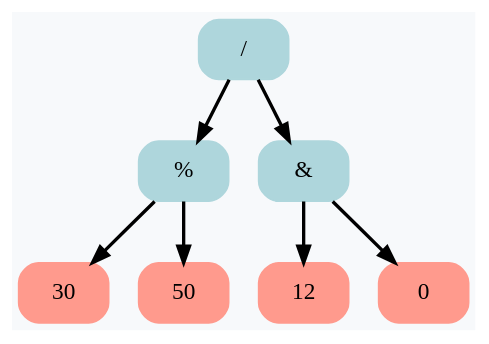
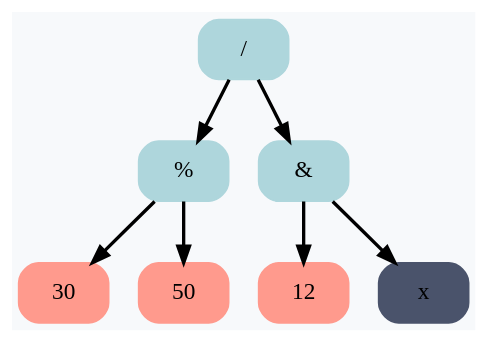
One commit to RTCupid/Differentiator changed the diagram in Expression.dot. Above: the diagram before and after it, drawn with Graphviz. The commit also changed 13 other files, not shown here.

```diff
--- a/Expression.dot
+++ b/Expression.dot
@@ -1,17 +1,17 @@
 digraph G {
 	rankdir = HR;
 	bgcolor="#F7F9FB"
 	 node0x503000000160 [shape=Mrecord; style=filled; color="#aed6dc"; label =  "/ " ];
 	 node0x503000000160 -> node0x5030000000a0 [ style=bold; weight=1000; ];
 	 node0x503000000160 -> node0x503000000130 [ style=bold; weight=1000; ];
 	 node0x5030000000a0 [shape=Mrecord; style=filled; color="#aed6dc"; label =  "% " ];
 	 node0x5030000000a0 -> node0x503000000040 [ style=bold; weight=1000; ];
 	 node0x5030000000a0 -> node0x503000000070 [ style=bold; weight=1000; ];
 	 node0x503000000040 [shape=Mrecord; style=filled; color="#ff9a8d"; label =  "30 " ];
 	 node0x503000000070 [shape=Mrecord; style=filled; color="#ff9a8d"; label =  "50 " ];
 	 node0x503000000130 [shape=Mrecord; style=filled; color="#aed6dc"; label =  "& " ];
 	 node0x503000000130 -> node0x5030000000d0 [ style=bold; weight=1000; ];
 	 node0x503000000130 -> node0x503000000100 [ style=bold; weight=1000; ];
 	 node0x5030000000d0 [shape=Mrecord; style=filled; color="#ff9a8d"; label =  "12 " ];
-	 node0x503000000100 [shape=Mrecord; style=filled; color="#ff9a8d"; label =  "0 " ];
+	 node0x503000000100 [shape=Mrecord; style=filled; color="#4a536b"; label =  "x " ];
 }
```
